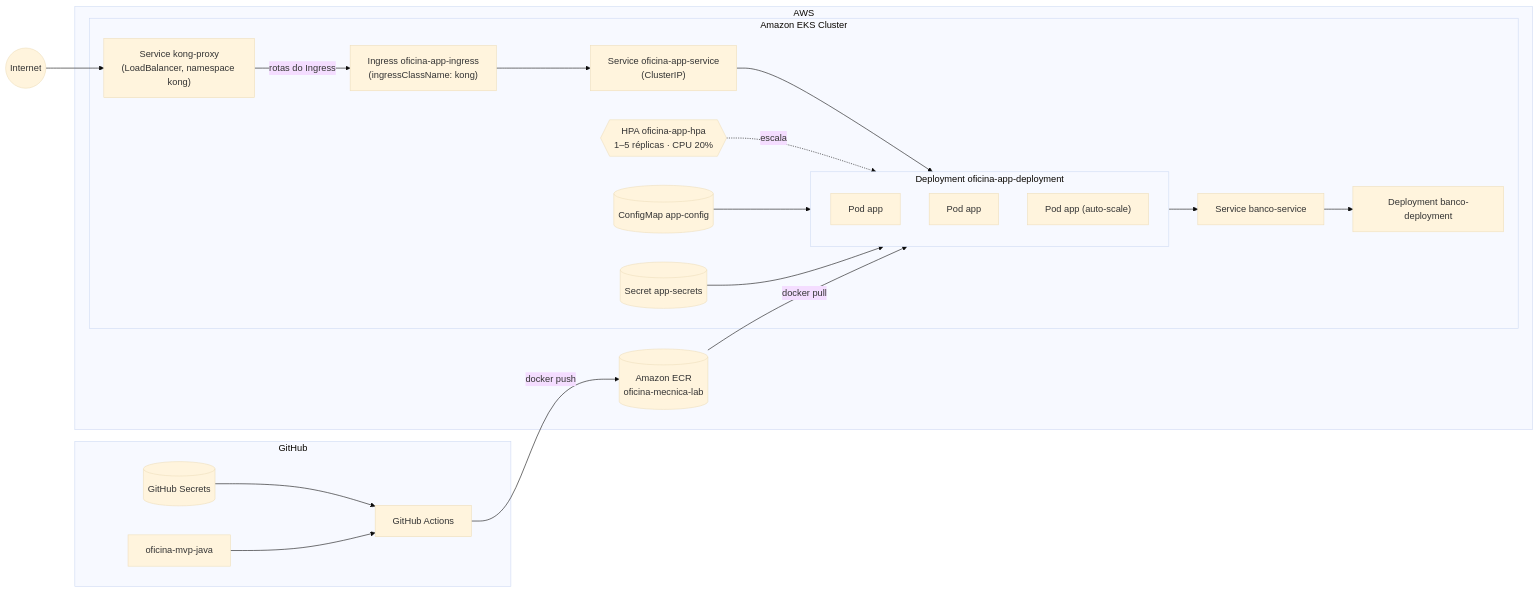
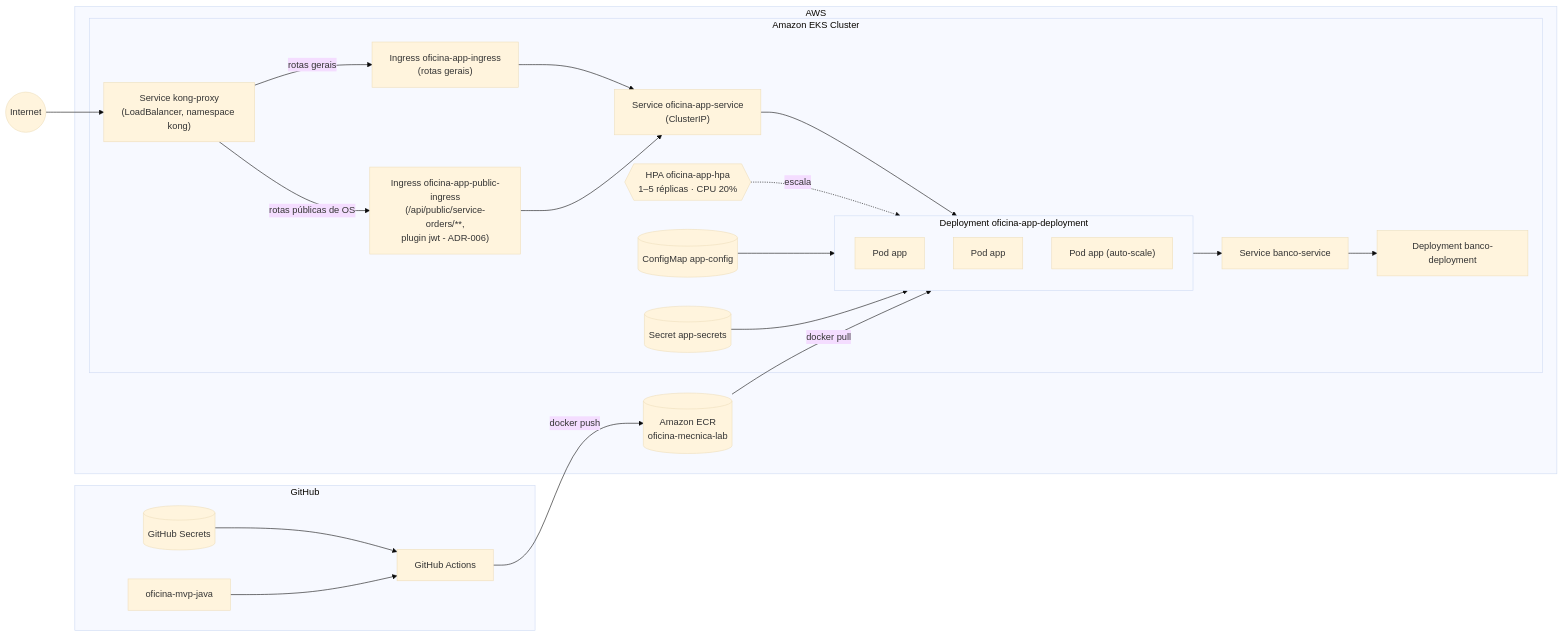
One commit to lukebria/oficina-mvp-java-backend changed the second of 2 diagrams in README.md. Above: the diagram before and after it, drawn with Mermaid (base theme). The commit also changed other lines of this file and 6 other files, not shown here.

First line of the commit message:
Adiciona validacao do JWT de cliente no Kong, sem mudar codigo Java (ADR-006)

````diff
--- a/README.md
+++ b/README.md
@@ -173,40 +173,43 @@
 ```mermaid
 flowchart LR
     subgraph GH["GitHub"]
         REPO["oficina-mvp-java"]
         GHA["GitHub Actions"]
         SECRETS[("GitHub Secrets")]
     end
 
     subgraph AWS["AWS"]
         ECR[("Amazon ECR<br/>oficina-mecnica-lab")]
         subgraph EKS["Amazon EKS Cluster"]
             KONGLB["Service kong-proxy<br/>(LoadBalancer, namespace kong)"]
-            ING["Ingress oficina-app-ingress<br/>(ingressClassName: kong)"]
+            ING["Ingress oficina-app-ingress<br/>(rotas gerais)"]
+            ING_PUB["Ingress oficina-app-public-ingress<br/>(/api/public/service-orders/**,<br/>plugin jwt - ADR-006)"]
             SVC["Service oficina-app-service<br/>(ClusterIP)"]
             HPA{{"HPA oficina-app-hpa<br/>1–5 réplicas · CPU 20%"}}
             subgraph Pods["Deployment oficina-app-deployment"]
                 POD1["Pod app"]
                 POD2["Pod app"]
                 PODN["Pod app (auto-scale)"]
             end
             CM[("ConfigMap app-config")]
             SEC2[("Secret app-secrets")]
             DBDEP["Deployment banco-deployment"]
             DBSVC["Service banco-service"]
         end
     end
 
     INTERNET(("Internet")) --> KONGLB
-    KONGLB -->|"rotas do Ingress"| ING
+    KONGLB -->|"rotas gerais"| ING
+    KONGLB -->|"rotas públicas de OS"| ING_PUB
     ING --> SVC
+    ING_PUB --> SVC
     SVC --> Pods
     HPA -. escala .-> Pods
     CM --> Pods
     SEC2 --> Pods
     Pods --> DBSVC --> DBDEP
     GHA -->|"docker push"| ECR
     ECR -->|"docker pull"| Pods
     SECRETS --> GHA
     REPO --> GHA
 ```
````
